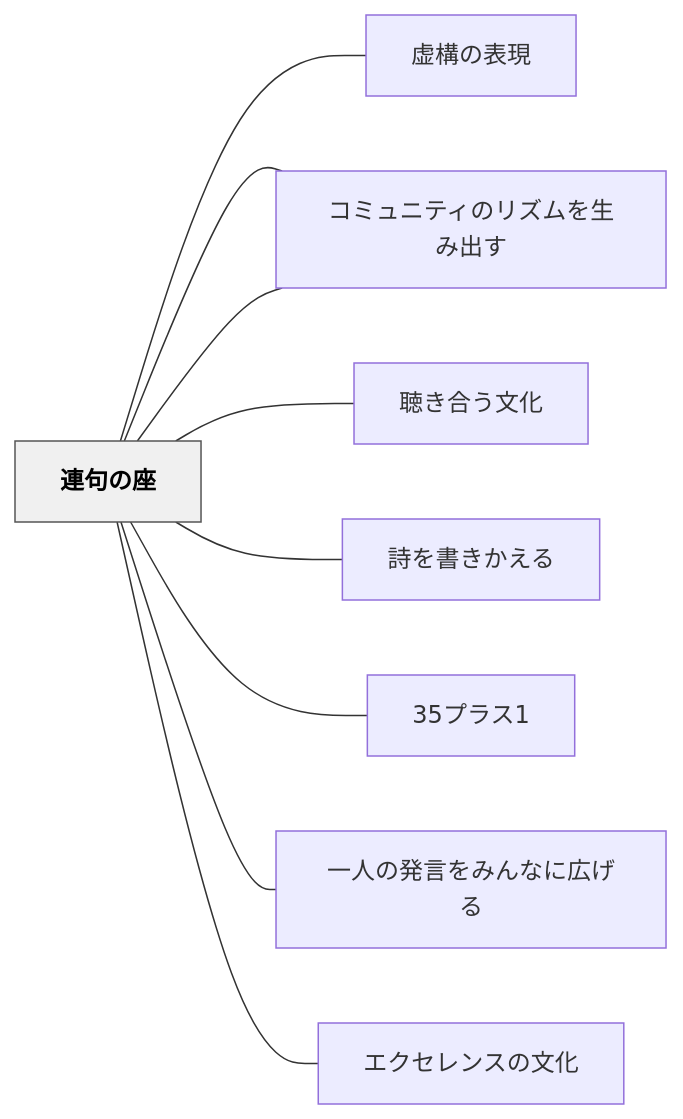
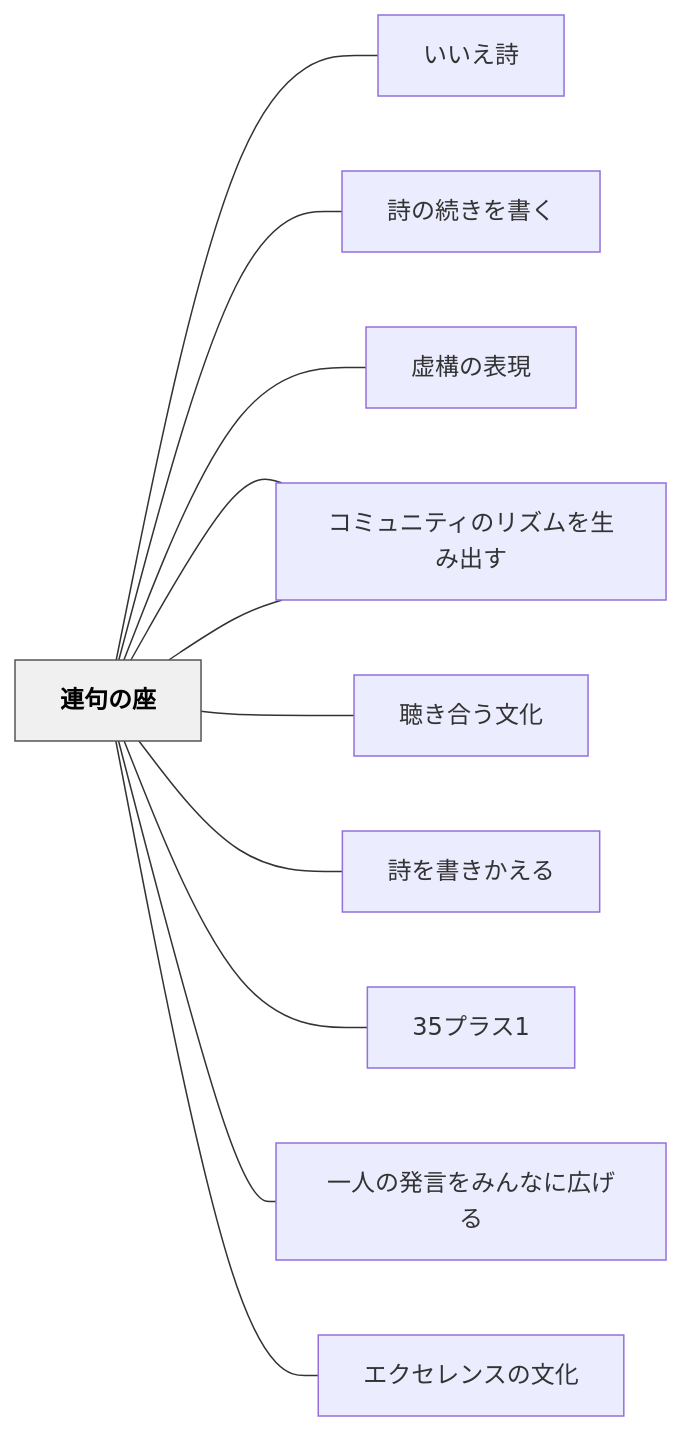
The diagram in content/パタン/連句の座.md (unknownthings-ed-patterns/unknownthings-ed-patterns), drawn with Mermaid before and after one commit. The commit also changed other lines of this file and 473 other files, not shown here.

````diff
--- a/content/パタン/連句の座.md
+++ b/content/パタン/連句の座.md
@@ -65,24 +65,28 @@
 ```mermaid
 flowchart LR
     ne980a3e58fa5["連句の座"]
+    ne38184e38184["いいえ詩"]
+    ne8a9a9e381ae["詩の続きを書く"]
     ne8999ae6a78b["虚構の表現"]
     ne382b3e3839f["コミュニティをつくる"]
     ne881b4e3818d["聴き合う文化"]
     ne8a9a9e38292["詩を書きかえる"]
     n3335e38397e3["35プラス1"]
     ne382b3e3839f["コミュニティのリズムを生み出す"]
     ne4b880e4baba["一人の発言をみんなに広げる"]
     ne382a8e382af["エクセレンスの文化"]
 
+    ne980a3e58fa5 --- ne38184e38184
+    ne980a3e58fa5 --- ne8a9a9e381ae
     ne980a3e58fa5 --- ne8999ae6a78b
     ne980a3e58fa5 --- ne382b3e3839f
     ne980a3e58fa5 --- ne881b4e3818d
     ne980a3e58fa5 --- ne8a9a9e38292
     ne980a3e58fa5 --- n3335e38397e3
     ne980a3e58fa5 --- ne382b3e3839f
     ne980a3e58fa5 --- ne4b880e4baba
     ne980a3e58fa5 --- ne382a8e382af
 
     classDef hub fill:#f0f0f0,stroke:#555,color:#000,font-weight:bold
     class ne980a3e58fa5 hub
 ```
````
